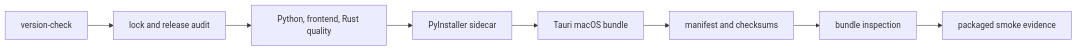
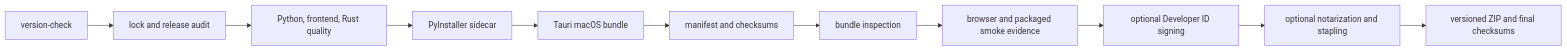
The diagram in docs/Release_Process.md (danaoa04/option-research-platform), drawn with Mermaid before and after one commit. The commit also changed other lines of this file and 32 other files, not shown here.

````diff
--- a/docs/Release_Process.md
+++ b/docs/Release_Process.md
@@ -14,10 +14,13 @@
 ```mermaid
 flowchart LR
   A[version-check] --> B[lock and release audit]
   B --> C[Python, frontend, Rust quality]
   C --> D[PyInstaller sidecar]
   D --> E[Tauri macOS bundle]
   E --> F[manifest and checksums]
   F --> G[bundle inspection]
-  G --> H[packaged smoke evidence]
+  G --> H[browser and packaged smoke evidence]
+  H --> I[optional Developer ID signing]
+  I --> J[optional notarization and stapling]
+  J --> K[versioned ZIP and final checksums]
 ```
````
